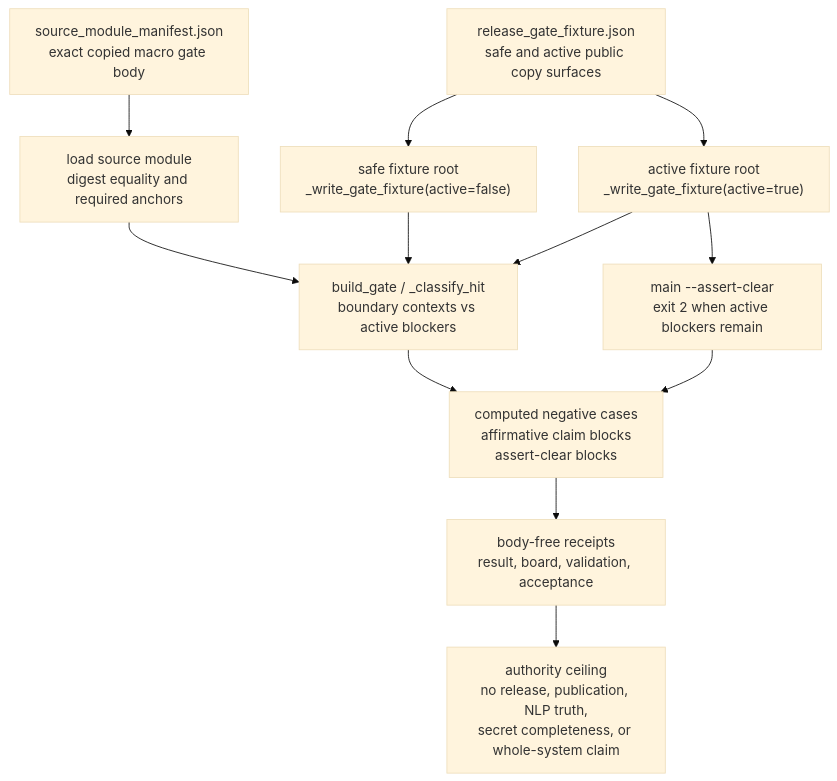
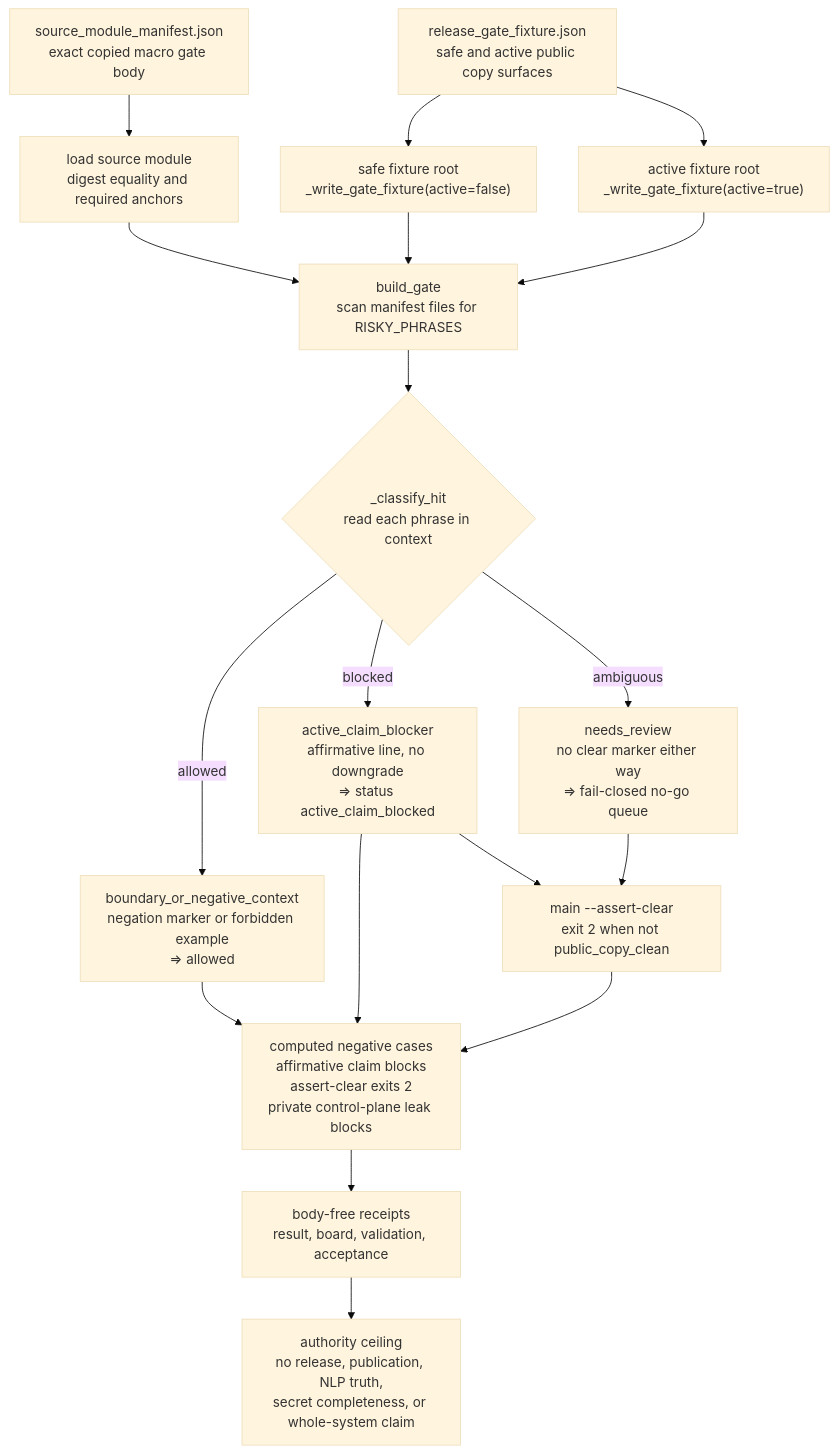
The diagram in paper_modules/batch12_release_claim_language_gate.md (wcook04/plectis), drawn with Mermaid (base theme) before and after one commit. The commit also changed other lines of this file and 90 other files, not shown here.

First line of the commit message:
microcosm: enrich public paper-module prose and Shape diagrams (91 modules)

````diff
--- a/paper_modules/batch12_release_claim_language_gate.md
+++ b/paper_modules/batch12_release_claim_language_gate.md
@@ -209,25 +219,35 @@
 ```mermaid
 flowchart TD
   Fixture["release_gate_fixture.json<br/>safe and active public copy surfaces"]
   Manifest["source_module_manifest.json<br/>exact copied macro gate body"]
   Loader["load source module<br/>digest equality and required anchors"]
   SafeRoot["safe fixture root<br/>_write_gate_fixture(active=false)"]
   ActiveRoot["active fixture root<br/>_write_gate_fixture(active=true)"]
-  Gate["build_gate / _classify_hit<br/>boundary contexts vs active blockers"]
-  Assert["main --assert-clear<br/>exit 2 when active blockers remain"]
-  Negatives["computed negative cases<br/>affirmative claim blocks<br/>assert-clear blocks"]
+  Scan["build_gate<br/>scan manifest files for RISKY_PHRASES"]
+  Classify{"_classify_hit<br/>read each phrase in context"}
+  Boundary["boundary_or_negative_context<br/>negation marker or forbidden example<br/>=> allowed"]
+  Active["active_claim_blocker<br/>affirmative line, no downgrade<br/>=> status active_claim_blocked"]
+  Review["needs_review<br/>no clear marker either way<br/>=> fail-closed no-go queue"]
+  Assert["main --assert-clear<br/>exit 2 when not public_copy_clean"]
+  Negatives["computed negative cases<br/>affirmative claim blocks<br/>assert-clear exits 2<br/>private control-plane leak blocks"]
   Receipts["body-free receipts<br/>result, board, validation, acceptance"]
   Ceiling["authority ceiling<br/>no release, publication, NLP truth,<br/>secret completeness, or whole-system claim"]
 
   Fixture --> SafeRoot
   Fixture --> ActiveRoot
   Manifest --> Loader
-  Loader --> Gate
-  SafeRoot --> Gate
-  ActiveRoot --> Gate
-  ActiveRoot --> Assert
-  Gate --> Negatives
+  Loader --> Scan
+  SafeRoot --> Scan
+  ActiveRoot --> Scan
+  Scan --> Classify
+  Classify -->|allowed| Boundary
+  Classify -->|blocked| Active
+  Classify -->|ambiguous| Review
+  Active --> Assert
+  Review --> Assert
+  Boundary --> Negatives
+  Active --> Negatives
   Assert --> Negatives
   Negatives --> Receipts
   Receipts --> Ceiling
 ```
````
